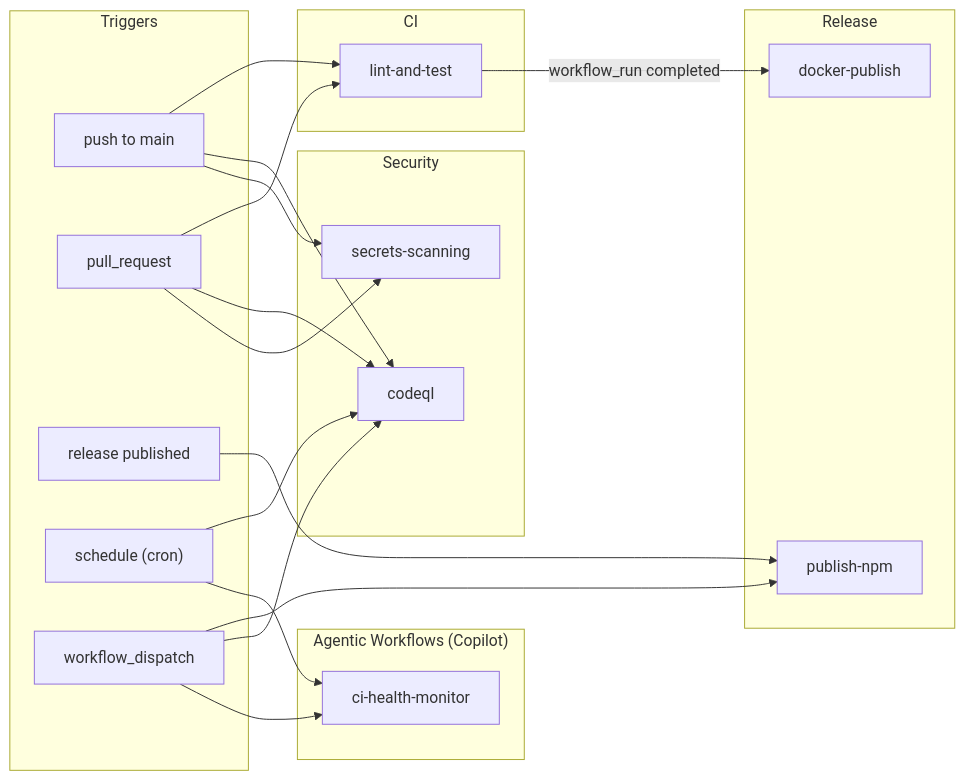
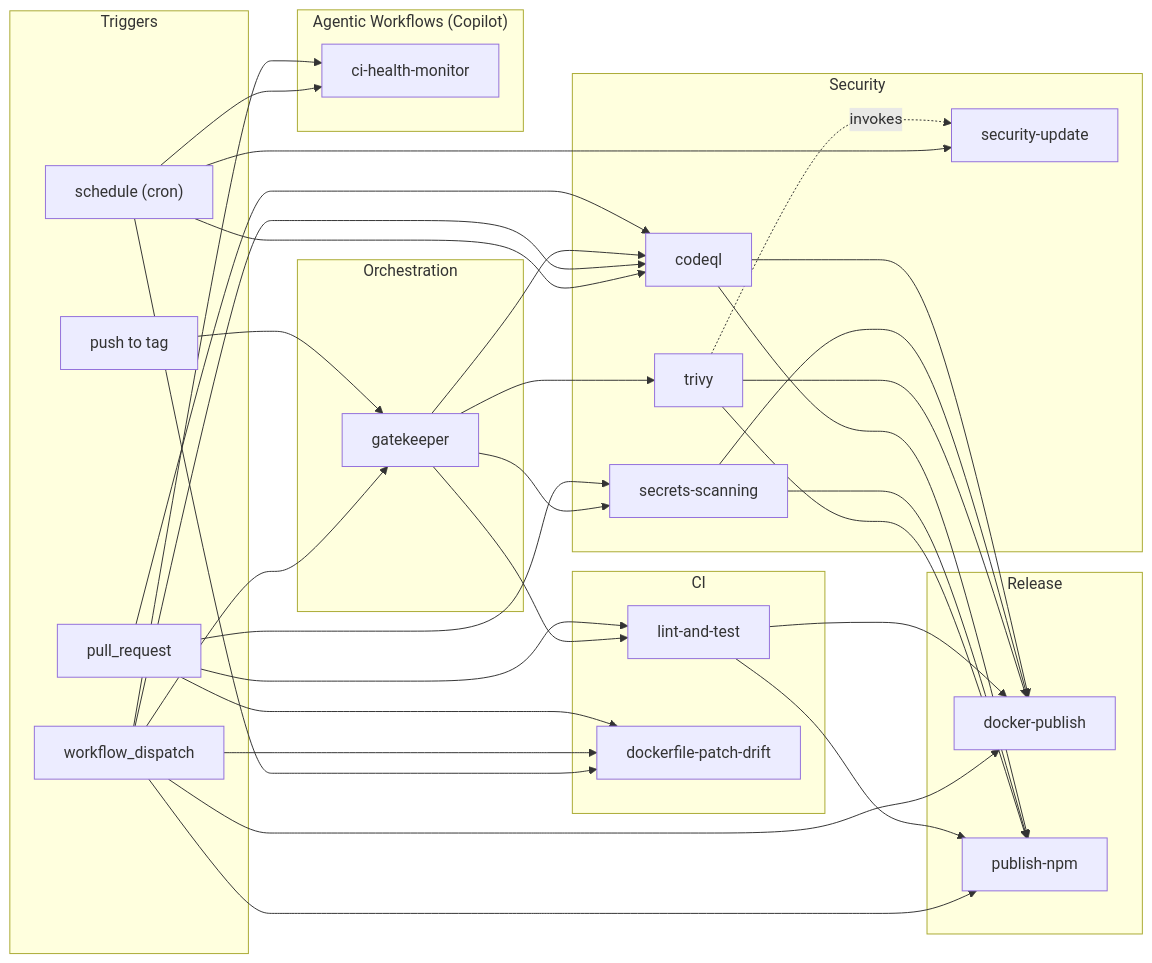
The diagram in .github/workflows/README.md (neverinfamous/mysql-mcp), drawn with Mermaid before and after one commit. The commit also changed other lines of this file and 11 other files, not shown here.

````diff
--- a/.github/workflows/README.md
+++ b/.github/workflows/README.md
@@ -15,46 +15,63 @@
 ```mermaid
 flowchart LR
     subgraph Triggers["Triggers"]
-        Push["push to main"]
+        Tag["push to tag"]
         PR["pull_request"]
-        Release["release published"]
         Sched["schedule (cron)"]
         Manual["workflow_dispatch"]
     end
 
+    subgraph Orchestration["Orchestration"]
+        Gate["gatekeeper"]
+    end
+
     subgraph CI["CI"]
         LT["lint-and-test"]
+        DPD["dockerfile-patch-drift"]
     end
 
     subgraph Security["Security"]
         CQL["codeql"]
         SS["secrets-scanning"]
+        Trivy["trivy"]
+        SU["security-update"]
     end
 
     subgraph Release_["Release"]
         DP["docker-publish"]
         NPM["publish-npm"]
     end
 
     subgraph Agentic["Agentic Workflows (Copilot)"]
         CHM["ci-health-monitor"]
     end
 
-    Push --> LT
-    Push --> CQL
-    Push --> SS
-
     PR --> LT
     PR --> CQL
     PR --> SS
+    PR --> DPD
 
-    LT -->|workflow_run completed| DP
+    Tag --> Gate
+    Manual --> Gate
 
-    Release --> NPM
+    Gate --> LT
+    Gate --> CQL
+    Gate --> SS
+    Gate --> Trivy
+
+    LT & CQL & SS & Trivy --> DP
+    LT & CQL & SS & Trivy --> NPM
+    
+    Trivy -. invokes .-> SU
+
     Manual --> NPM
+    Manual --> DP
     Manual --> CQL
     Manual --> CHM
+    Manual --> DPD
 
     Sched --> CQL
     Sched --> CHM
+    Sched --> SU
+    Sched --> DPD
 ```
````
